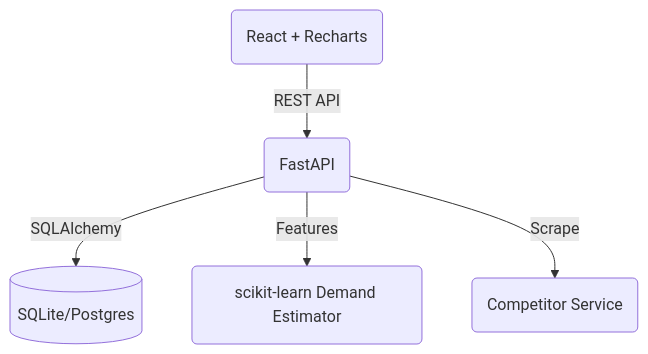
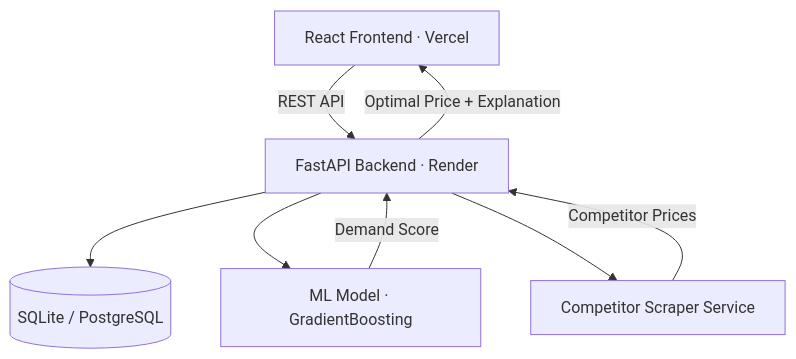
One commit to siddhantm29-netizen/dynamic-pricing-engine changed the diagram in README.md. Above: the diagram before and after it, drawn with Mermaid. The commit also changed other lines of this file and 8 other files, not shown here.

First line of the commit message:
feat: add cloud deployment support (Render + Vercel)

````diff
--- a/README.md
+++ b/README.md
@@ -21,7 +31,10 @@
 ```mermaid
-graph TD;
-    Frontend(React + Recharts)-->|REST API|Backend(FastAPI);
-    Backend-->|SQLAlchemy|DB[(SQLite/Postgres)];
-    Backend-->|Features|ML(scikit-learn Demand Estimator);
-    Backend-->|Scrape|Competitors(Competitor Service);
+graph TD
+    A[React Frontend · Vercel] -->|REST API| B[FastAPI Backend · Render]
+    B --> C[(SQLite / PostgreSQL)]
+    B --> D[ML Model · GradientBoosting]
+    B --> E[Competitor Scraper Service]
+    D -->|Demand Score| B
+    E -->|Competitor Prices| B
+    B -->|Optimal Price + Explanation| A
 ```
````
